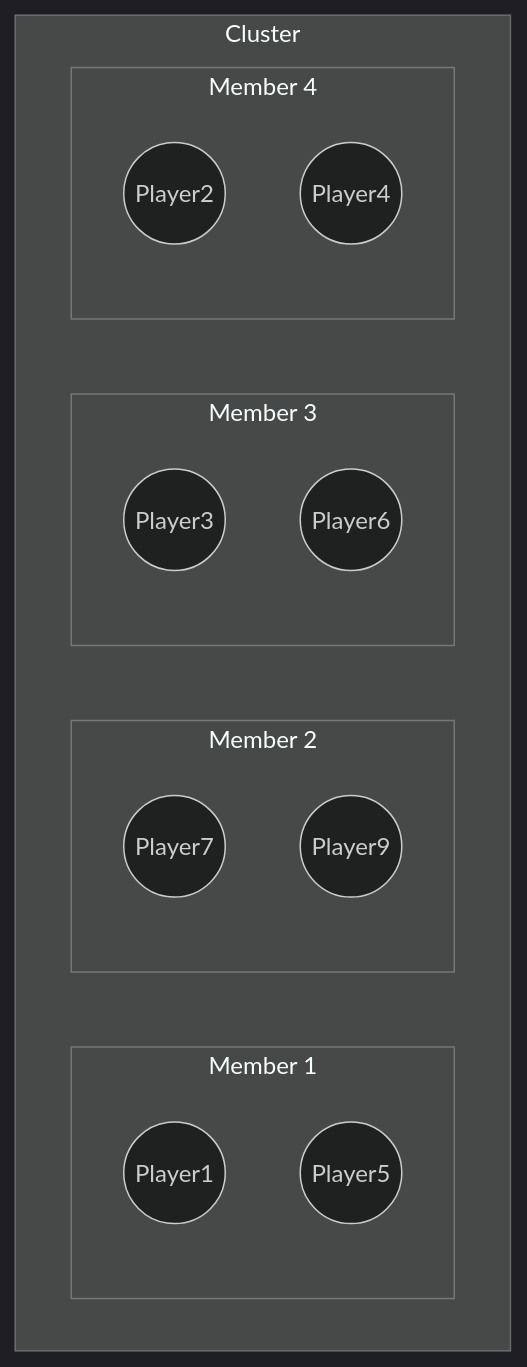
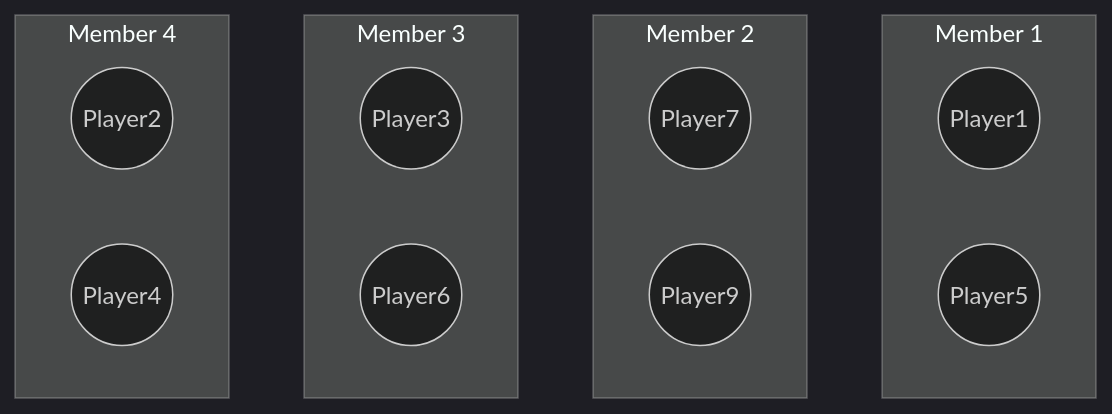
One commit to asynkron/protoactor-website changed the third of 3 diagrams in hugo/content/docs/mermaid.md. Above: the diagram before and after it, drawn with Mermaid (dark theme). The commit also changed 1 other file, not shown here.

````diff
--- a/hugo/content/docs/mermaid.md
+++ b/hugo/content/docs/mermaid.md
@@ -36,30 +36,31 @@
 ```mermaid
 graph TD
+
     a1((Player1))
     a2((Player5))
     b1((Player7))
     b2((Player9))
     c1((Player3))
     c2((Player6))
     d1((Player2))
     d2((Player4))
 
-    subgraph Cluster
-        subgraph Member 1
-            a1
-            a2
-        end
-        subgraph Member 2
-            b1
-            b2
-        end
-        subgraph Member 3
-            c1
-            c2
-        end
-        subgraph Member 4
-            d1
-            d2
-        end
+
+    subgraph Member 1
+        a1
+        a2
     end
+    subgraph Member 2
+        b1
+        b2
+    end
+    subgraph Member 3
+        c1
+        c2
+    end
+    subgraph Member 4
+        d1
+        d2
+    end
+
 ```
````
